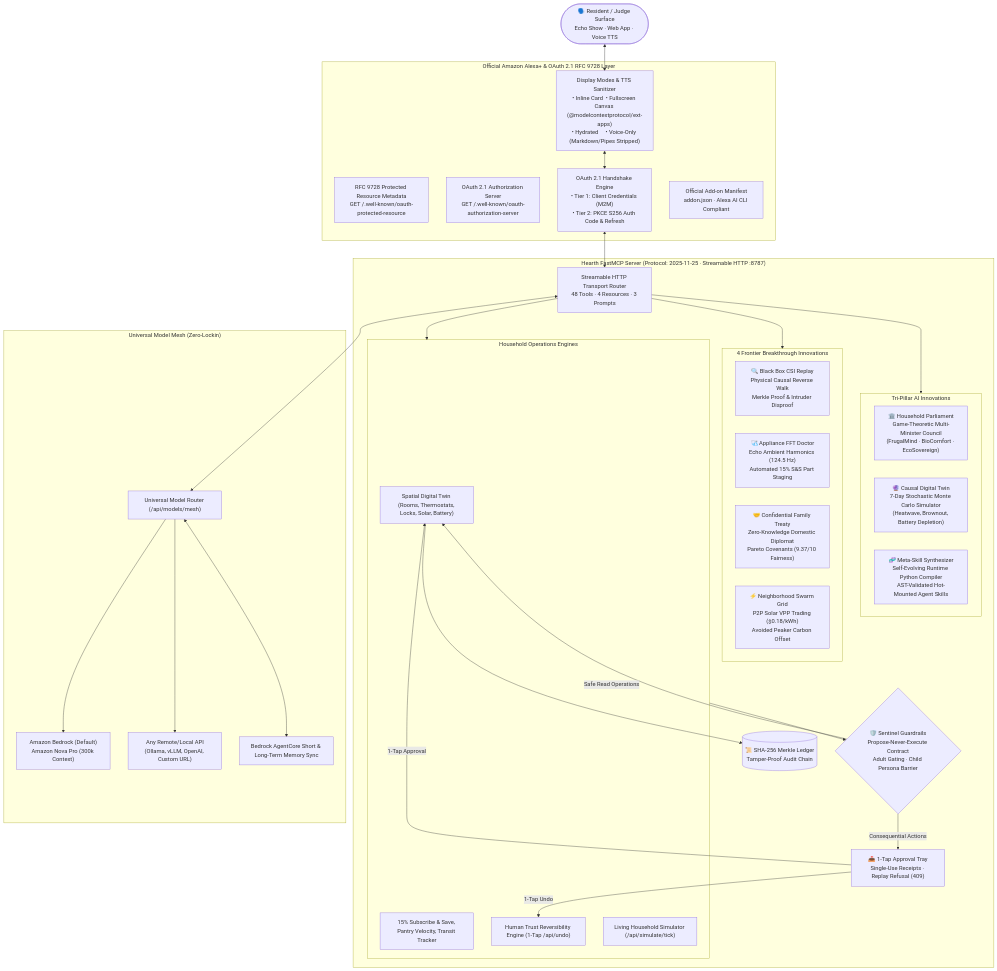
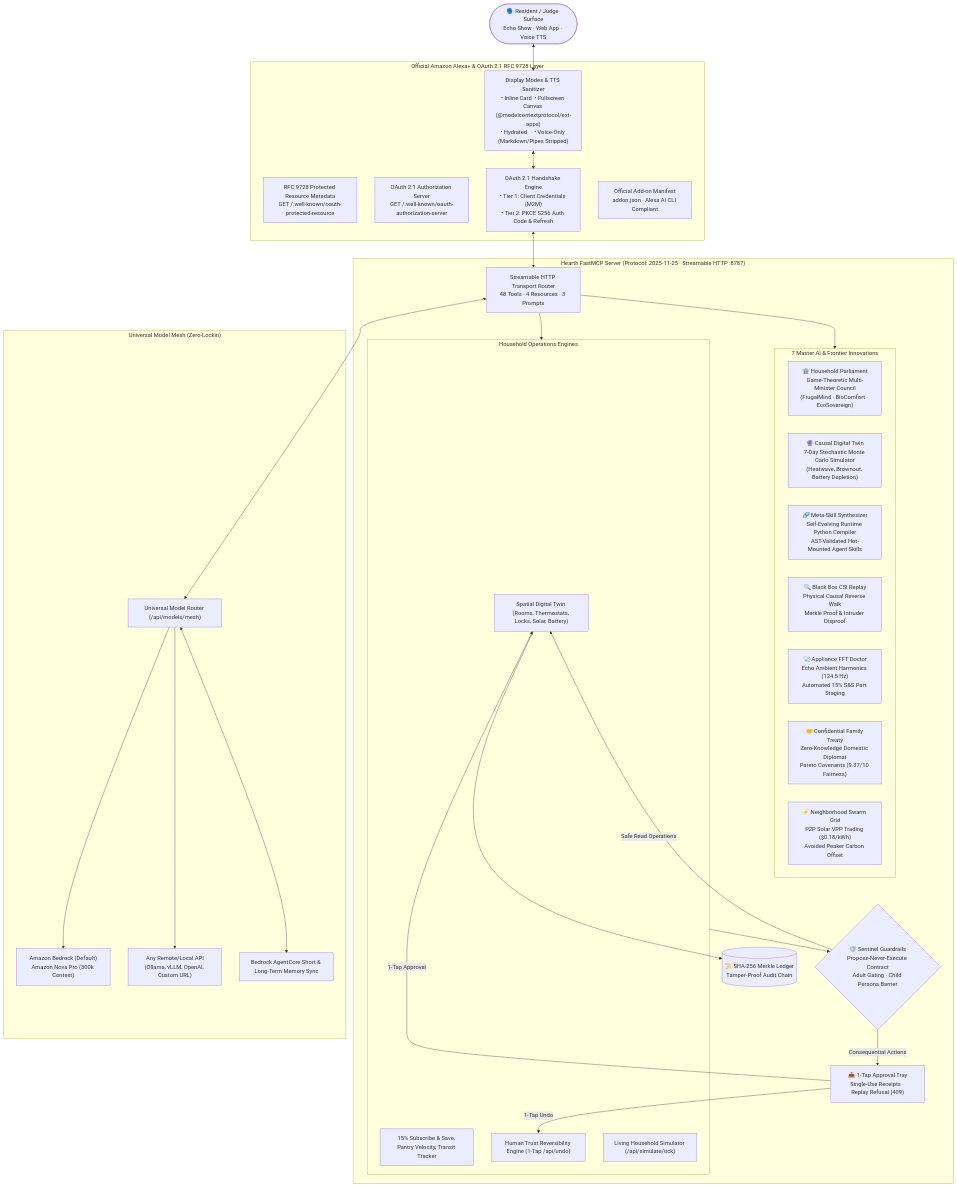
The first of 2 diagrams in README.md (krishivjoshi219-collab/Hearth-Universal), drawn with Mermaid before and after one commit. The commit also changed other lines of this file, not shown here.

````diff
--- a/README.md
+++ b/README.md
@@ -67,64 +87,60 @@
 ```mermaid
 flowchart TD
     User(["🗣️ Resident / Judge Surface\nEcho Show · Web App · Voice TTS"])
 
     subgraph AlexaPlus_Layer ["Official Amazon Alexa+ & OAuth 2.1 RFC 9728 Layer"]
         PRM["RFC 9728 Protected Resource Metadata\nGET /.well-known/oauth-protected-resource"]
         OAuthAS["OAuth 2.1 Authorization Server\nGET /.well-known/oauth-authorization-server"]
         AuthHandler["OAuth 2.1 Handshake Engine\n• Tier 1: Client Credentials (M2M)\n• Tier 2: PKCE S256 Auth Code & Refresh"]
         Manifest["Official Add-on Manifest\naddon.json · Alexa AI CLI Compliant"]
         DisplayEng["Display Modes & TTS Sanitizer\n• Inline Card  • Fullscreen Canvas (@modelcontextprotocol/ext-apps)\n• Hydrated     • Voice-Only (Markdown/Pipes Stripped)"]
     end
 
     subgraph FastMCP_Core ["Hearth FastMCP Server (Protocol: 2025-11-25 · Streamable HTTP :8787)"]
         StreamRouter["Streamable HTTP Transport Router\n48 Tools · 4 Resources · 3 Prompts"]
         
-        subgraph Tri_Pillar ["Tri-Pillar AI Innovations"]
+        subgraph Master_Innovations ["7 Master AI & Frontier Innovations"]
             Parliament["🏛️ Household Parliament\nGame-Theoretic Multi-Minister Council\n(FrugalMind · BioComfort · EcoSovereign)"]
             CausalTwin["🔮 Causal Digital Twin\n7-Day Stochastic Monte Carlo Simulator\n(Heatwave, Brownout, Battery Depletion)"]
             MetaSkill["🧬 Meta-Skill Synthesizer\nSelf-Evolving Runtime Python Compiler\nAST-Validated Hot-Mounted Agent Skills"]
-        end
-
-        subgraph Frontier_Breakthroughs ["4 Frontier Breakthrough Innovations"]
             Forensics["🔍 Black Box CSI Replay\nPhysical Causal Reverse Walk\nMerkle Proof & Intruder Disproof"]
             Acoustic["🩺 Appliance FFT Doctor\nEcho Ambient Harmonics (124.5 Hz)\nAutomated 15% S&S Part Staging"]
             Mediation["🤝 Confidential Family Treaty\nZero-Knowledge Domestic Diplomat\nPareto Covenants (9.37/10 Fairness)"]
             Swarm["⚡ Neighborhood Swarm Grid\nP2P Solar VPP Trading ($0.18/kWh)\nAvoided Peaker Carbon Offset"]
         end
 
         subgraph Core_Subsystems ["Household Operations Engines"]
             DigitalTwin["Spatial Digital Twin (Rooms, Thermostats, Locks, Solar, Battery)"]
             CommerceEngine["15% Subscribe & Save, Pantry Velocity, Transit Tracker"]
             UndoEngine["Human Trust Reversibility Engine (1-Tap /api/undo)"]
             LivingSim["Living Household Simulator (/api/simulate/tick)"]
         end
 
         Sentinel{"🛡️ Sentinel Guardrails\nPropose-Never-Execute Contract\nAdult Gating · Child Persona Barrier"}
         ApprovalTray["📥 1-Tap Approval Tray\nSingle-Use Receipts · Replay Refusal (409)"]
         MerkleLedger[("📜 SHA-256 Merkle Ledger\nTamper-Proof Audit Chain")]
     end
 
     subgraph Model_Mesh ["Universal Model Mesh (Zero-Lockin)"]
         MeshRouter["Universal Model Router (/api/models/mesh)"]
         Bedrock["Amazon Bedrock (Default)\nAmazon Nova Pro (300k Context)"]
         CustomAPIs["Any Remote/Local API\n(Ollama, vLLM, OpenAI, Custom URL)"]
         AgentCore["Bedrock AgentCore Short & Long-Term Memory Sync"]
     end
 
     User <--> DisplayEng
     DisplayEng <--> AuthHandler
     AuthHandler <--> StreamRouter
-    StreamRouter --> Tri_Pillar
-    StreamRouter --> Frontier_Breakthroughs
+    StreamRouter --> Master_Innovations
     StreamRouter --> Core_Subsystems
     Core_Subsystems --> Sentinel
     Sentinel -->|Safe Read Operations| DigitalTwin
     Sentinel -->|Consequential Actions| ApprovalTray
     ApprovalTray -->|1-Tap Approval| DigitalTwin
     ApprovalTray -->|1-Tap Undo| UndoEngine
     DigitalTwin --> MerkleLedger
     StreamRouter <--> MeshRouter
     MeshRouter --> Bedrock
     MeshRouter --> CustomAPIs
     MeshRouter <--> AgentCore
 ```
````
